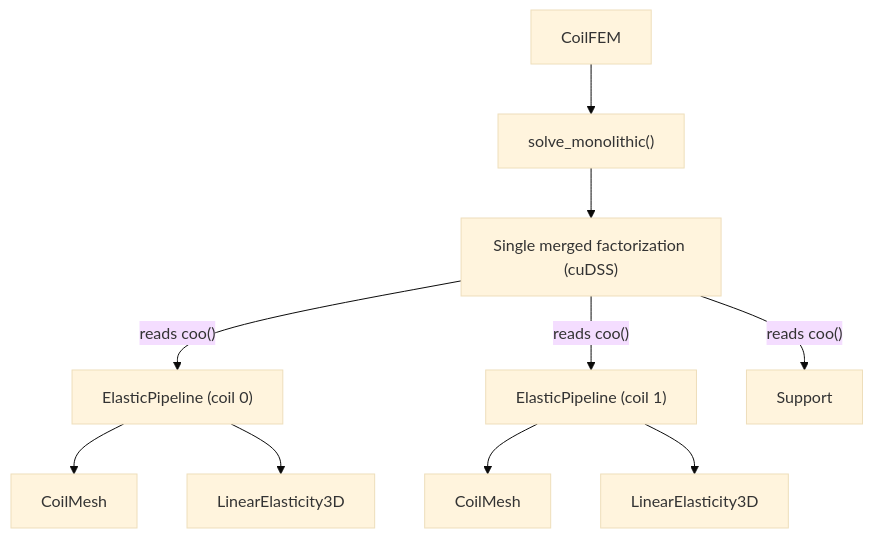
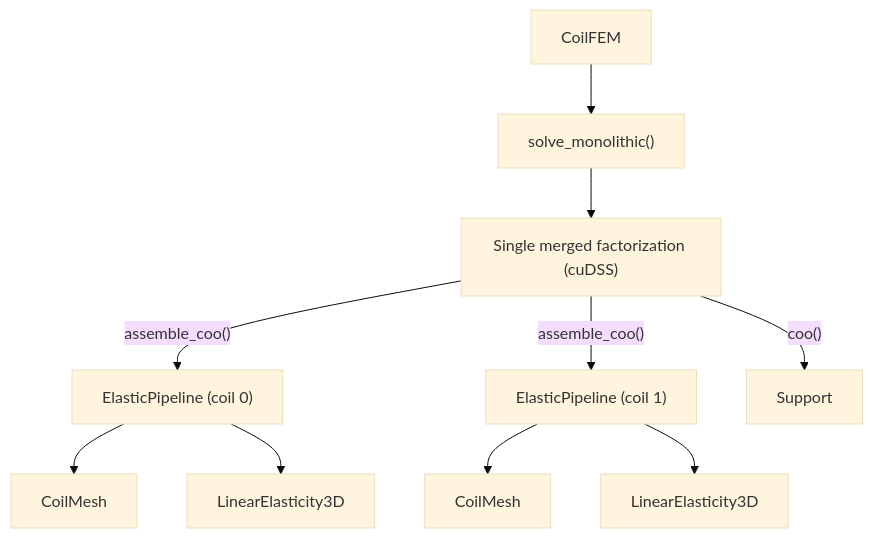
The first of 2 diagrams in docs/developers/support_structure.rst (lankef/coil-fem), drawn with Mermaid (base theme) before and after one commit. The commit also changed other lines of this file and 29 other files, not shown here.

```diff
--- a/docs/developers/support_structure.rst
+++ b/docs/developers/support_structure.rst
@@ -68,12 +69,12 @@
 .. mermaid::
 
    flowchart TD
        CoilFEM --> Driver["solve_monolithic()"]
        Driver --> MergedSolver["Single merged factorization (cuDSS)"]
-       MergedSolver -->|"reads coo()"| P0["ElasticPipeline (coil 0)"]
-       MergedSolver -->|"reads coo()"| P1["ElasticPipeline (coil 1)"]
-       MergedSolver -->|"reads coo()"| Sup[Support]
+       MergedSolver -->|"assemble_coo()"| P0["ElasticPipeline (coil 0)"]
+       MergedSolver -->|"assemble_coo()"| P1["ElasticPipeline (coil 1)"]
+       MergedSolver -->|"coo()"| Sup[Support]
        P0 --> M0[CoilMesh]
        P0 --> L0[LinearElasticity3D]
        P1 --> M1[CoilMesh]
        P1 --> L1[LinearElasticity3D]
```
